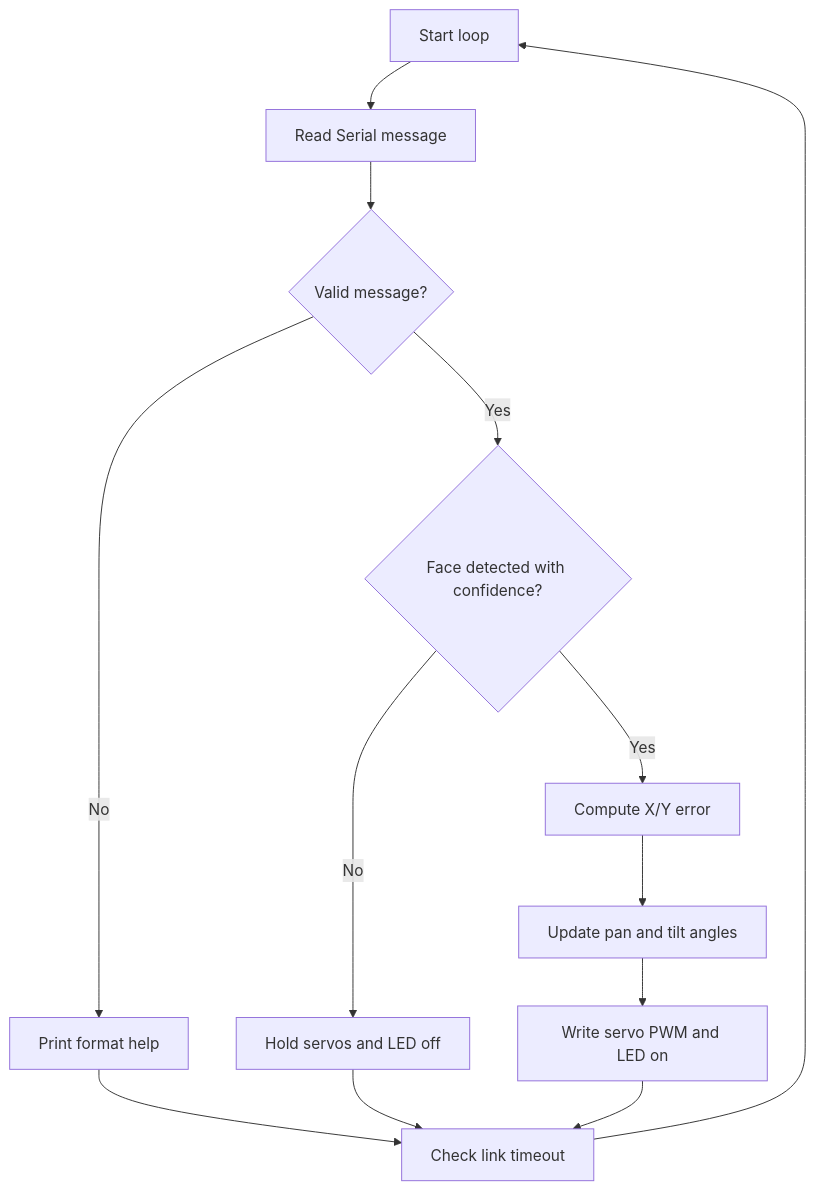
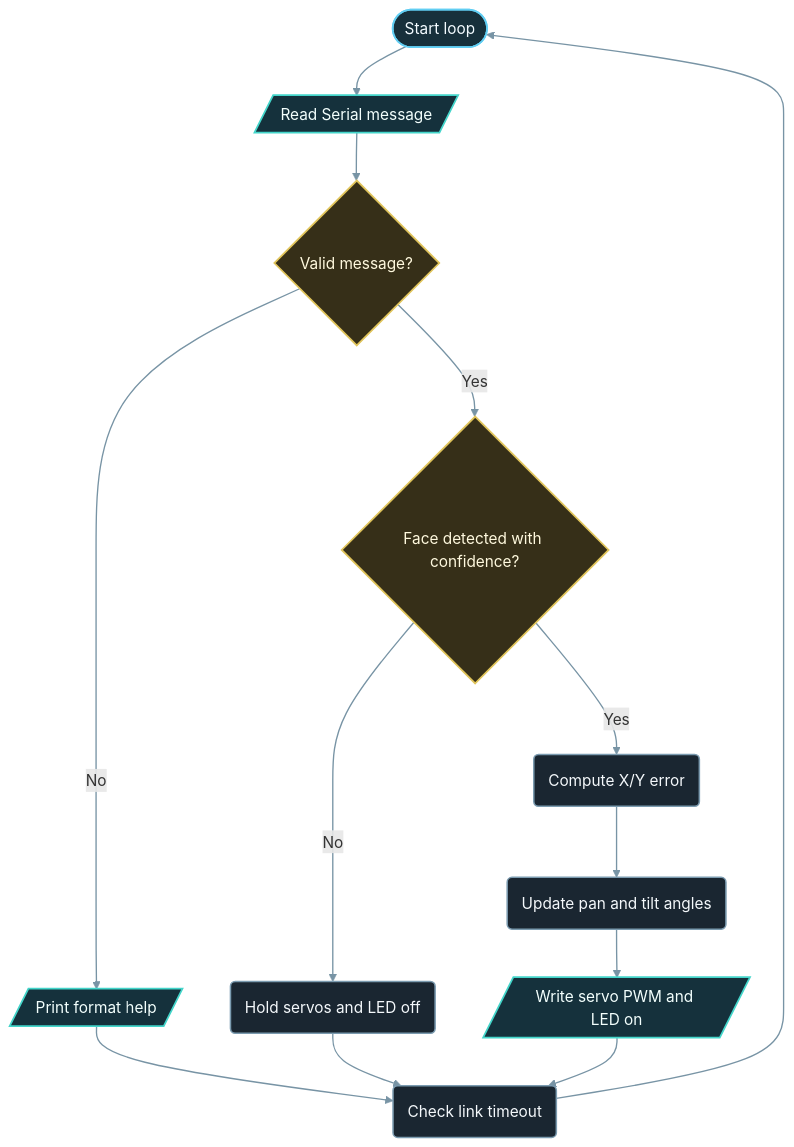
Before and after one commit to ProAmineOfficial/NanoKit-ESP32: the diagram in applications_on_platformio/face_rotation_tracking_camera/esp32/docs/Implementation_Guide.md, drawn with Mermaid. The commit also changed 15 other files, not shown here.

Commit message:
docs: apply semantic Mermaid styling

````diff
--- a/applications_on_platformio/face_rotation_tracking_camera/esp32/docs/Implementation_Guide.md
+++ b/applications_on_platformio/face_rotation_tracking_camera/esp32/docs/Implementation_Guide.md
@@ -19,15 +19,25 @@
 ```mermaid
 flowchart TD
-  A[Start loop] --> B[Read Serial message]
+  A([Start loop]) --> B[/Read Serial message/]
   B --> C{Valid message?}
-  C -- No --> D[Print format help]
+  C -- No --> D[/Print format help/]
   C -- Yes --> E{Face detected with confidence?}
-  E -- No --> F[Hold servos and LED off]
-  E -- Yes --> G[Compute X/Y error]
-  G --> H[Update pan and tilt angles]
-  H --> I[Write servo PWM and LED on]
-  D --> J[Check link timeout]
+  E -- No --> F(Hold servos and LED off)
+  E -- Yes --> G(Compute X/Y error)
+  G --> H(Update pan and tilt angles)
+  H --> I[/Write servo PWM and LED on/]
+  D --> J(Check link timeout)
   F --> J
   I --> J
   J --> A
+
+  classDef start fill:#17303b,stroke:#61cef3,stroke-width:1.8px,color:#f3fbff
+  classDef process fill:#1a2631,stroke:#7b9bb0,stroke-width:1.6px,color:#f4f8fb
+  classDef decision fill:#362f18,stroke:#e0c45b,stroke-width:1.8px,color:#fff9de
+  classDef io fill:#15313c,stroke:#43d5ca,stroke-width:1.8px,color:#f3fffd
+  class A start
+  class C,E decision
+  class B,D,I io
+  class F,G,H,J process
+  linkStyle default stroke:#7894a5,stroke-width:1.4px
 ```
````
